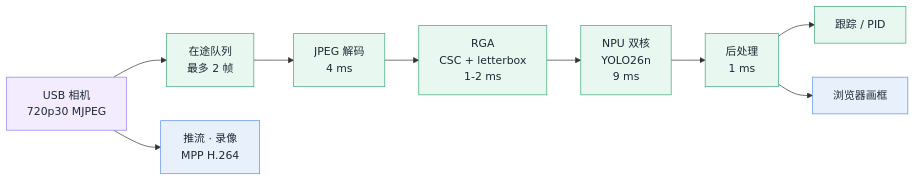
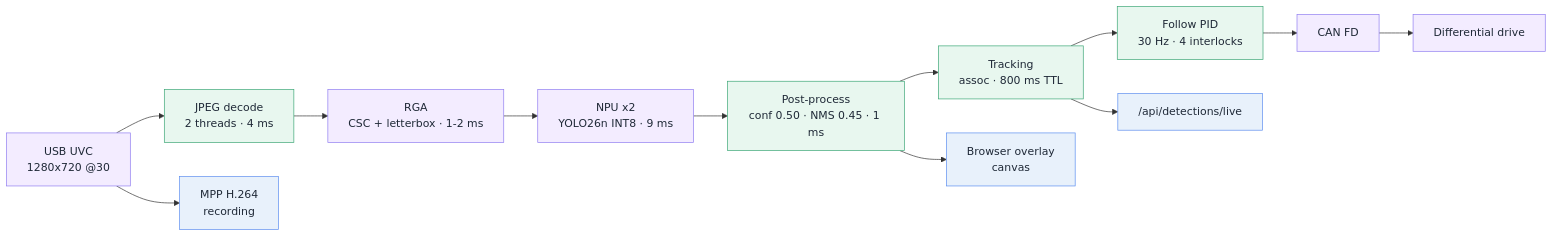
The first of 3 diagrams in README.md (qianruo-orange/autonomous-driving-car), drawn with Mermaid before and after one commit. The commit also changed other lines of this file, not shown here.

````diff
--- a/README.md
+++ b/README.md
@@ -60,18 +15,21 @@
 ```mermaid
 flowchart LR
-    A["USB 相机<br/>720p30 MJPEG"] --> Q["在途队列<br/>最多 2 帧"]
-    Q --> B["JPEG 解码<br/>4 ms"]
-    B --> C["RGA<br/>CSC + letterbox<br/>1-2 ms"]
-    C --> D["NPU 双核<br/>YOLO26n<br/>9 ms"]
-    D --> E["后处理<br/>1 ms"]
-    E --> F["跟踪 / PID"]
-    A --> G["推流 · 录像<br/>MPP H.264"]
-    E --> H["浏览器画框"]
+    CAM["USB UVC<br/>1280x720 @30"] --> DEC["JPEG decode<br/>2 threads · 4 ms"]
+    DEC --> RGA["RGA<br/>CSC + letterbox · 1-2 ms"]
+    RGA --> NPU["NPU x2<br/>YOLO26n INT8 · 9 ms"]
+    NPU --> POST["Post-process<br/>conf 0.50 · NMS 0.45 · 1 ms"]
+    POST --> TRK["Tracking<br/>assoc · 800 ms TTL"]
+    TRK --> PID["Follow PID<br/>30 Hz · 4 interlocks"]
+    PID --> CAN["CAN FD"]
+    CAN --> MOT["Differential drive"]
+    CAM --> ENC["MPP H.264<br/>recording"]
+    POST --> OVL["Browser overlay<br/>canvas"]
+    TRK --> API["/api/detections/live"]
 
     classDef hw fill:#f3ecff,stroke:#8f7cf0,color:#1f2937
+    classDef soft fill:#e8f7ef,stroke:#3aa675,color:#1f2937
     classDef io fill:#e8f1fb,stroke:#5b8def,color:#1f2937
-    classDef soft fill:#e8f7ef,stroke:#3aa675,color:#1f2937
-    class A hw
-    class G,H io
-    class Q,B,C,D,E,F soft
+    class CAM,RGA,NPU,CAN,MOT hw
+    class DEC,POST,TRK,PID soft
+    class ENC,OVL,API io
 ```
````
